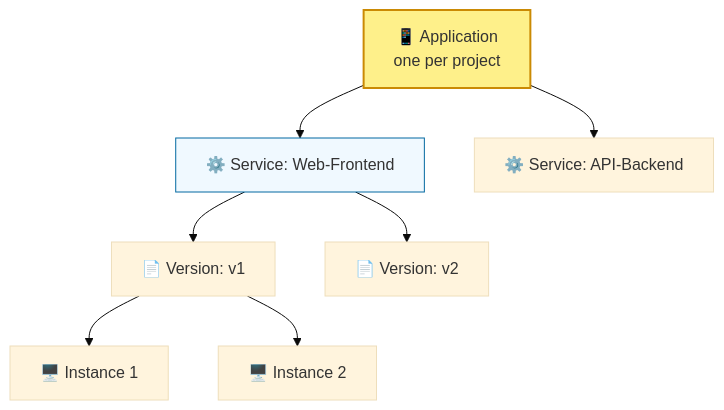
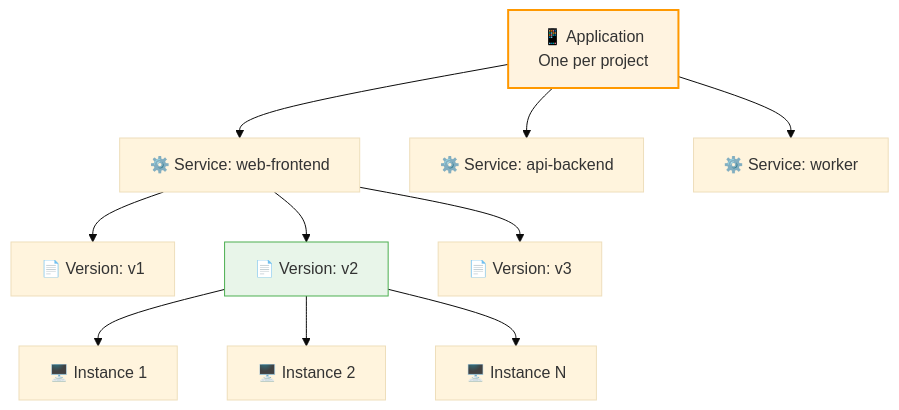
The first of 3 diagrams in curriculum/content/section_12_app_engine.md (jyothivempa/gcp-study-plan), drawn with Mermaid (base theme) before and after one commit. The commit also changed other lines of this file and 84 other files, not shown here.

````diff
--- a/curriculum/content/section_12_app_engine.md
+++ b/curriculum/content/section_12_app_engine.md
@@ -26,14 +45,17 @@
 ```mermaid
 graph TD
-    App[📱 Application <br/> one per project] --> Svc1[⚙️ Service: Web-Frontend]
-    App --> Svc2[⚙️ Service: API-Backend]
+    APP[📱 Application<br/>One per project] --> SVC1[⚙️ Service: web-frontend]
+    APP --> SVC2[⚙️ Service: api-backend]
+    APP --> SVC3[⚙️ Service: worker]
     
-    Svc1 --> V1[📄 Version: v1]
-    Svc1 --> V2[📄 Version: v2]
+    SVC1 --> V1[📄 Version: v1]
+    SVC1 --> V2[📄 Version: v2]
+    SVC1 --> V3[📄 Version: v3]
     
-    V1 --> I1[🖥️ Instance 1]
-    V1 --> I2[🖥️ Instance 2]
+    V2 --> I1[🖥️ Instance 1]
+    V2 --> I2[🖥️ Instance 2]
+    V2 --> IN[🖥️ Instance N]
     
-    style App fill:#fef08a,stroke:#ca8a04,stroke-width:2px
-    style Svc1 fill:#f0f9ff,stroke:#0369a1
+    style APP fill:#fff3e0,stroke:#ff9800,stroke-width:2px
+    style V2 fill:#e8f5e9,stroke:#4caf50
 ```
````
